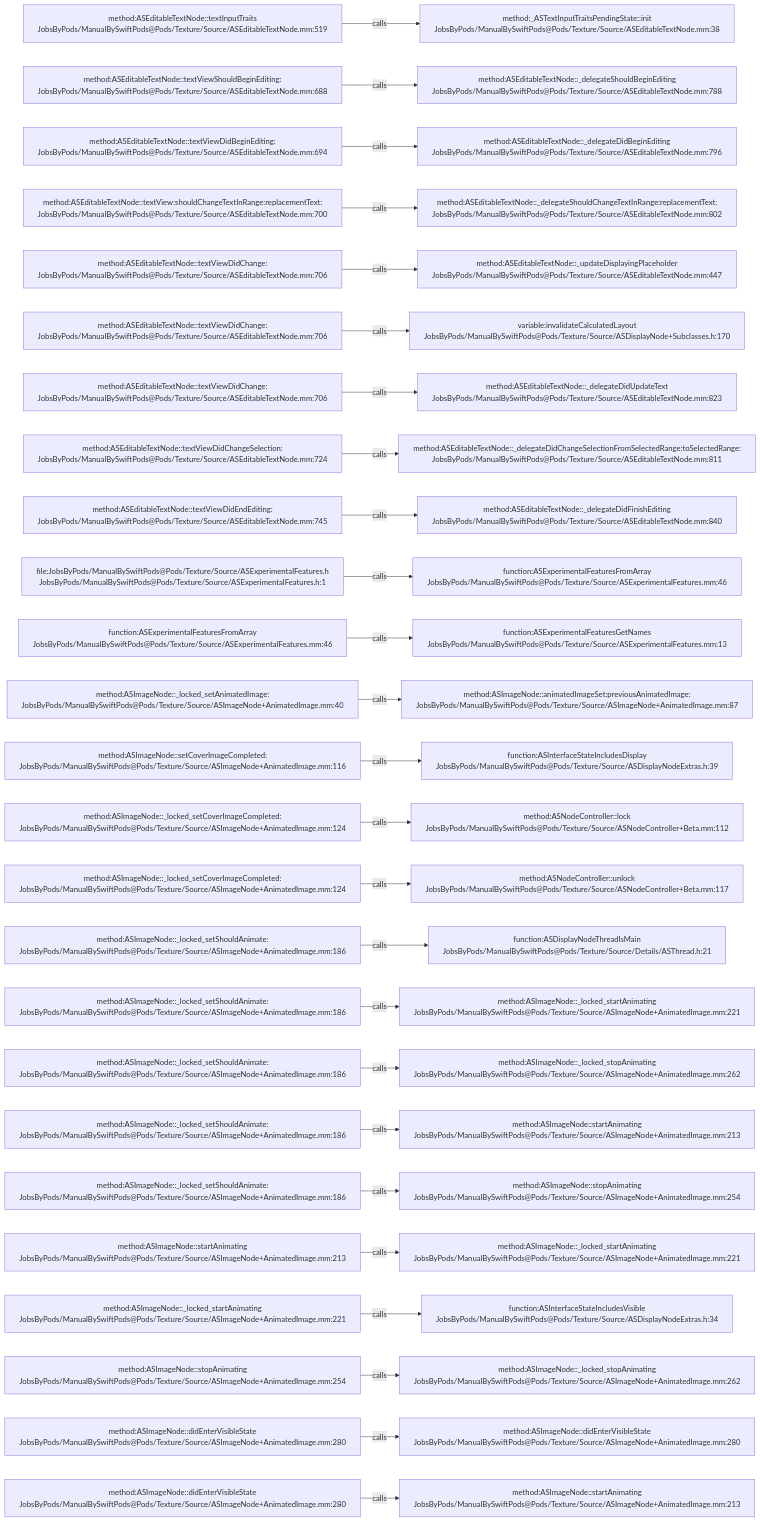
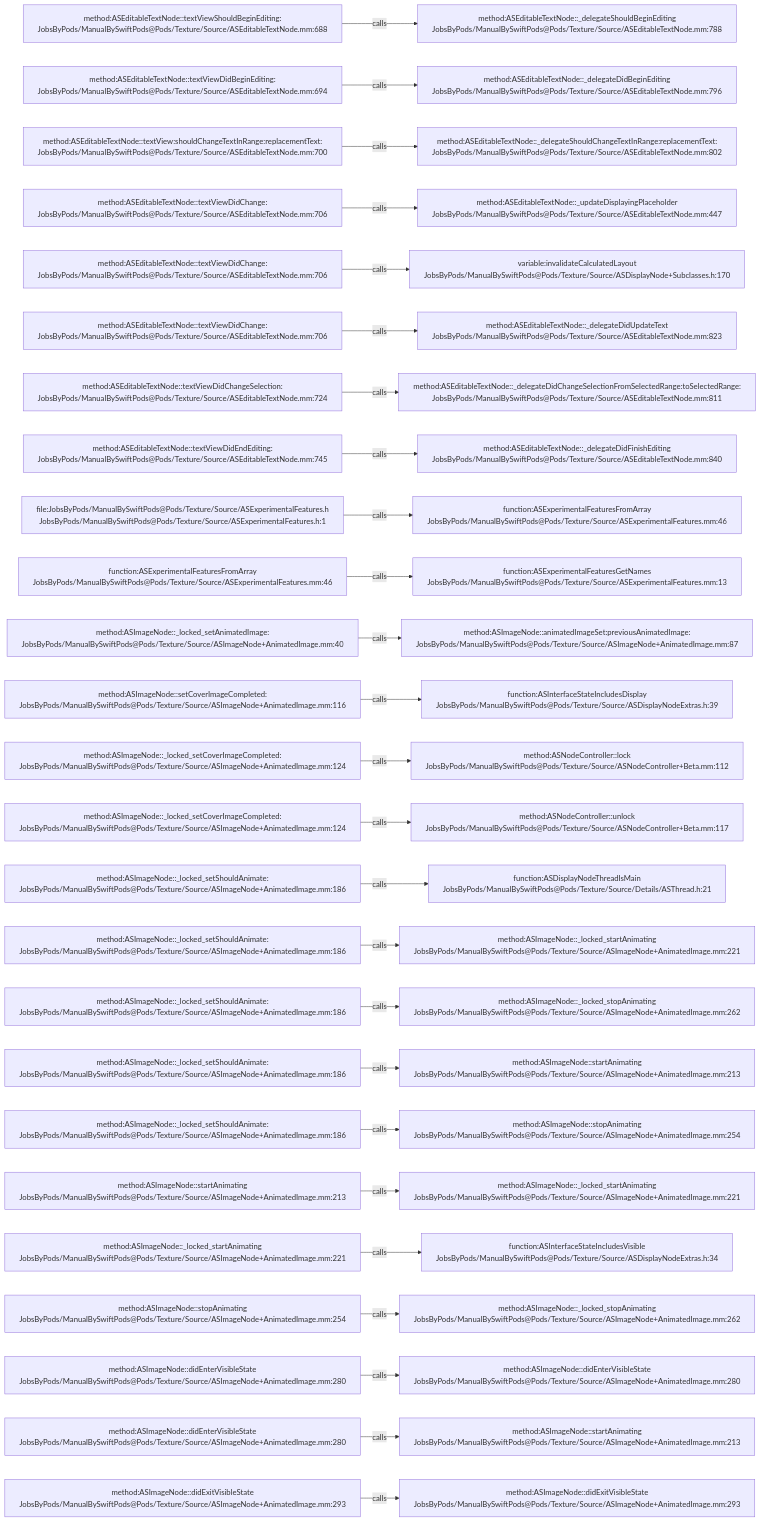
The diagram in .codegraph/codegraph.md/graphs/calls-040.md (JobsKits/JobsSwiftBaseConfigDemo), drawn with Mermaid before and after one commit. The commit also changed 747 other files, not shown here.

````diff
--- a/.codegraph/codegraph.md/graphs/calls-040.md
+++ b/.codegraph/codegraph.md/graphs/calls-040.md
@@ -13,78 +13,78 @@
 ```mermaid
 flowchart LR
-  S1["method:ASEditableTextNode::textInputTraits<br/>JobsByPods/ManualBySwiftPods@Pods/Texture/Source/ASEditableTextNode.mm:519"]
-  T1["method:_ASTextInputTraitsPendingState::init<br/>JobsByPods/ManualBySwiftPods@Pods/Texture/Source/ASEditableTextNode.mm:38"]
+  S1["method:ASEditableTextNode::textViewShouldBeginEditing:<br/>JobsByPods/ManualBySwiftPods@Pods/Texture/Source/ASEditableTextNode.mm:688"]
+  T1["method:ASEditableTextNode::_delegateShouldBeginEditing<br/>JobsByPods/ManualBySwiftPods@Pods/Texture/Source/ASEditableTextNode.mm:788"]
   S1 -->|calls| T1
-  S2["method:ASEditableTextNode::textViewShouldBeginEditing:<br/>JobsByPods/ManualBySwiftPods@Pods/Texture/Source/ASEditableTextNode.mm:688"]
-  T2["method:ASEditableTextNode::_delegateShouldBeginEditing<br/>JobsByPods/ManualBySwiftPods@Pods/Texture/Source/ASEditableTextNode.mm:788"]
+  S2["method:ASEditableTextNode::textViewDidBeginEditing:<br/>JobsByPods/ManualBySwiftPods@Pods/Texture/Source/ASEditableTextNode.mm:694"]
+  T2["method:ASEditableTextNode::_delegateDidBeginEditing<br/>JobsByPods/ManualBySwiftPods@Pods/Texture/Source/ASEditableTextNode.mm:796"]
   S2 -->|calls| T2
-  S3["method:ASEditableTextNode::textViewDidBeginEditing:<br/>JobsByPods/ManualBySwiftPods@Pods/Texture/Source/ASEditableTextNode.mm:694"]
-  T3["method:ASEditableTextNode::_delegateDidBeginEditing<br/>JobsByPods/ManualBySwiftPods@Pods/Texture/Source/ASEditableTextNode.mm:796"]
+  S3["method:ASEditableTextNode::textView:shouldChangeTextInRange:replacementText:<br/>JobsByPods/ManualBySwiftPods@Pods/Texture/Source/ASEditableTextNode.mm:700"]
+  T3["method:ASEditableTextNode::_delegateShouldChangeTextInRange:replacementText:<br/>JobsByPods/ManualBySwiftPods@Pods/Texture/Source/ASEditableTextNode.mm:802"]
   S3 -->|calls| T3
-  S4["method:ASEditableTextNode::textView:shouldChangeTextInRange:replacementText:<br/>JobsByPods/ManualBySwiftPods@Pods/Texture/Source/ASEditableTextNode.mm:700"]
-  T4["method:ASEditableTextNode::_delegateShouldChangeTextInRange:replacementText:<br/>JobsByPods/ManualBySwiftPods@Pods/Texture/Source/ASEditableTextNode.mm:802"]
+  S4["method:ASEditableTextNode::textViewDidChange:<br/>JobsByPods/ManualBySwiftPods@Pods/Texture/Source/ASEditableTextNode.mm:706"]
+  T4["method:ASEditableTextNode::_updateDisplayingPlaceholder<br/>JobsByPods/ManualBySwiftPods@Pods/Texture/Source/ASEditableTextNode.mm:447"]
   S4 -->|calls| T4
   S5["method:ASEditableTextNode::textViewDidChange:<br/>JobsByPods/ManualBySwiftPods@Pods/Texture/Source/ASEditableTextNode.mm:706"]
-  T5["method:ASEditableTextNode::_updateDisplayingPlaceholder<br/>JobsByPods/ManualBySwiftPods@Pods/Texture/Source/ASEditableTextNode.mm:447"]
+  T5["variable:invalidateCalculatedLayout<br/>JobsByPods/ManualBySwiftPods@Pods/Texture/Source/ASDisplayNode+Subclasses.h:170"]
   S5 -->|calls| T5
   S6["method:ASEditableTextNode::textViewDidChange:<br/>JobsByPods/ManualBySwiftPods@Pods/Texture/Source/ASEditableTextNode.mm:706"]
-  T6["variable:invalidateCalculatedLayout<br/>JobsByPods/ManualBySwiftPods@Pods/Texture/Source/ASDisplayNode+Subclasses.h:170"]
+  T6["method:ASEditableTextNode::_delegateDidUpdateText<br/>JobsByPods/ManualBySwiftPods@Pods/Texture/Source/ASEditableTextNode.mm:823"]
   S6 -->|calls| T6
-  S7["method:ASEditableTextNode::textViewDidChange:<br/>JobsByPods/ManualBySwiftPods@Pods/Texture/Source/ASEditableTextNode.mm:706"]
-  T7["method:ASEditableTextNode::_delegateDidUpdateText<br/>JobsByPods/ManualBySwiftPods@Pods/Texture/Source/ASEditableTextNode.mm:823"]
+  S7["method:ASEditableTextNode::textViewDidChangeSelection:<br/>JobsByPods/ManualBySwiftPods@Pods/Texture/Source/ASEditableTextNode.mm:724"]
+  T7["method:ASEditableTextNode::_delegateDidChangeSelectionFromSelectedRange:toSelectedRange:<br/>JobsByPods/ManualBySwiftPods@Pods/Texture/Source/ASEditableTextNode.mm:811"]
   S7 -->|calls| T7
-  S8["method:ASEditableTextNode::textViewDidChangeSelection:<br/>JobsByPods/ManualBySwiftPods@Pods/Texture/Source/ASEditableTextNode.mm:724"]
-  T8["method:ASEditableTextNode::_delegateDidChangeSelectionFromSelectedRange:toSelectedRange:<br/>JobsByPods/ManualBySwiftPods@Pods/Texture/Source/ASEditableTextNode.mm:811"]
+  S8["method:ASEditableTextNode::textViewDidEndEditing:<br/>JobsByPods/ManualBySwiftPods@Pods/Texture/Source/ASEditableTextNode.mm:745"]
+  T8["method:ASEditableTextNode::_delegateDidFinishEditing<br/>JobsByPods/ManualBySwiftPods@Pods/Texture/Source/ASEditableTextNode.mm:840"]
   S8 -->|calls| T8
-  S9["method:ASEditableTextNode::textViewDidEndEditing:<br/>JobsByPods/ManualBySwiftPods@Pods/Texture/Source/ASEditableTextNode.mm:745"]
-  T9["method:ASEditableTextNode::_delegateDidFinishEditing<br/>JobsByPods/ManualBySwiftPods@Pods/Texture/Source/ASEditableTextNode.mm:840"]
+  S9["file:JobsByPods/ManualBySwiftPods@Pods/Texture/Source/ASExperimentalFeatures.h<br/>JobsByPods/ManualBySwiftPods@Pods/Texture/Source/ASExperimentalFeatures.h:1"]
+  T9["function:ASExperimentalFeaturesFromArray<br/>JobsByPods/ManualBySwiftPods@Pods/Texture/Source/ASExperimentalFeatures.mm:46"]
   S9 -->|calls| T9
-  S10["file:JobsByPods/ManualBySwiftPods@Pods/Texture/Source/ASExperimentalFeatures.h<br/>JobsByPods/ManualBySwiftPods@Pods/Texture/Source/ASExperimentalFeatures.h:1"]
-  T10["function:ASExperimentalFeaturesFromArray<br/>JobsByPods/ManualBySwiftPods@Pods/Texture/Source/ASExperimentalFeatures.mm:46"]
+  S10["function:ASExperimentalFeaturesFromArray<br/>JobsByPods/ManualBySwiftPods@Pods/Texture/Source/ASExperimentalFeatures.mm:46"]
+  T10["function:ASExperimentalFeaturesGetNames<br/>JobsByPods/ManualBySwiftPods@Pods/Texture/Source/ASExperimentalFeatures.mm:13"]
   S10 -->|calls| T10
-  S11["function:ASExperimentalFeaturesFromArray<br/>JobsByPods/ManualBySwiftPods@Pods/Texture/Source/ASExperimentalFeatures.mm:46"]
-  T11["function:ASExperimentalFeaturesGetNames<br/>JobsByPods/ManualBySwiftPods@Pods/Texture/Source/ASExperimentalFeatures.mm:13"]
+  S11["method:ASImageNode::_locked_setAnimatedImage:<br/>JobsByPods/ManualBySwiftPods@Pods/Texture/Source/ASImageNode+AnimatedImage.mm:40"]
+  T11["method:ASImageNode::animatedImageSet:previousAnimatedImage:<br/>JobsByPods/ManualBySwiftPods@Pods/Texture/Source/ASImageNode+AnimatedImage.mm:87"]
   S11 -->|calls| T11
-  S12["method:ASImageNode::_locked_setAnimatedImage:<br/>JobsByPods/ManualBySwiftPods@Pods/Texture/Source/ASImageNode+AnimatedImage.mm:40"]
-  T12["method:ASImageNode::animatedImageSet:previousAnimatedImage:<br/>JobsByPods/ManualBySwiftPods@Pods/Texture/Source/ASImageNode+AnimatedImage.mm:87"]
+  S12["method:ASImageNode::setCoverImageCompleted:<br/>JobsByPods/ManualBySwiftPods@Pods/Texture/Source/ASImageNode+AnimatedImage.mm:116"]
+  T12["function:ASInterfaceStateIncludesDisplay<br/>JobsByPods/ManualBySwiftPods@Pods/Texture/Source/ASDisplayNodeExtras.h:39"]
   S12 -->|calls| T12
-  S13["method:ASImageNode::setCoverImageCompleted:<br/>JobsByPods/ManualBySwiftPods@Pods/Texture/Source/ASImageNode+AnimatedImage.mm:116"]
-  T13["function:ASInterfaceStateIncludesDisplay<br/>JobsByPods/ManualBySwiftPods@Pods/Texture/Source/ASDisplayNodeExtras.h:39"]
+  S13["method:ASImageNode::_locked_setCoverImageCompleted:<br/>JobsByPods/ManualBySwiftPods@Pods/Texture/Source/ASImageNode+AnimatedImage.mm:124"]
+  T13["method:ASNodeController::lock<br/>JobsByPods/ManualBySwiftPods@Pods/Texture/Source/ASNodeController+Beta.mm:112"]
   S13 -->|calls| T13
   S14["method:ASImageNode::_locked_setCoverImageCompleted:<br/>JobsByPods/ManualBySwiftPods@Pods/Texture/Source/ASImageNode+AnimatedImage.mm:124"]
-  T14["method:ASNodeController::lock<br/>JobsByPods/ManualBySwiftPods@Pods/Texture/Source/ASNodeController+Beta.mm:112"]
+  T14["method:ASNodeController::unlock<br/>JobsByPods/ManualBySwiftPods@Pods/Texture/Source/ASNodeController+Beta.mm:117"]
   S14 -->|calls| T14
-  S15["method:ASImageNode::_locked_setCoverImageCompleted:<br/>JobsByPods/ManualBySwiftPods@Pods/Texture/Source/ASImageNode+AnimatedImage.mm:124"]
-  T15["method:ASNodeController::unlock<br/>JobsByPods/ManualBySwiftPods@Pods/Texture/Source/ASNodeController+Beta.mm:117"]
+  S15["method:ASImageNode::_locked_setShouldAnimate:<br/>JobsByPods/ManualBySwiftPods@Pods/Texture/Source/ASImageNode+AnimatedImage.mm:186"]
+  T15["function:ASDisplayNodeThreadIsMain<br/>JobsByPods/ManualBySwiftPods@Pods/Texture/Source/Details/ASThread.h:21"]
   S15 -->|calls| T15
   S16["method:ASImageNode::_locked_setShouldAnimate:<br/>JobsByPods/ManualBySwiftPods@Pods/Texture/Source/ASImageNode+AnimatedImage.mm:186"]
-  T16["function:ASDisplayNodeThreadIsMain<br/>JobsByPods/ManualBySwiftPods@Pods/Texture/Source/Details/ASThread.h:21"]
+  T16["method:ASImageNode::_locked_startAnimating<br/>JobsByPods/ManualBySwiftPods@Pods/Texture/Source/ASImageNode+AnimatedImage.mm:221"]
   S16 -->|calls| T16
   S17["method:ASImageNode::_locked_setShouldAnimate:<br/>JobsByPods/ManualBySwiftPods@Pods/Texture/Source/ASImageNode+AnimatedImage.mm:186"]
-  T17["method:ASImageNode::_locked_startAnimating<br/>JobsByPods/ManualBySwiftPods@Pods/Texture/Source/ASImageNode+AnimatedImage.mm:221"]
+  T17["method:ASImageNode::_locked_stopAnimating<br/>JobsByPods/ManualBySwiftPods@Pods/Texture/Source/ASImageNode+AnimatedImage.mm:262"]
   S17 -->|calls| T17
   S18["method:ASImageNode::_locked_setShouldAnimate:<br/>JobsByPods/ManualBySwiftPods@Pods/Texture/Source/ASImageNode+AnimatedImage.mm:186"]
-  T18["method:ASImageNode::_locked_stopAnimating<br/>JobsByPods/ManualBySwiftPods@Pods/Texture/Source/ASImageNode+AnimatedImage.mm:262"]
+  T18["method:ASImageNode::startAnimating<br/>JobsByPods/ManualBySwiftPods@Pods/Texture/Source/ASImageNode+AnimatedImage.mm:213"]
   S18 -->|calls| T18
   S19["method:ASImageNode::_locked_setShouldAnimate:<br/>JobsByPods/ManualBySwiftPods@Pods/Texture/Source/ASImageNode+AnimatedImage.mm:186"]
-  T19["method:ASImageNode::startAnimating<br/>JobsByPods/ManualBySwiftPods@Pods/Texture/Source/ASImageNode+AnimatedImage.mm:213"]
+  T19["method:ASImageNode::stopAnimating<br/>JobsByPods/ManualBySwiftPods@Pods/Texture/Source/ASImageNode+AnimatedImage.mm:254"]
   S19 -->|calls| T19
-  S20["method:ASImageNode::_locked_setShouldAnimate:<br/>JobsByPods/ManualBySwiftPods@Pods/Texture/Source/ASImageNode+AnimatedImage.mm:186"]
-  T20["method:ASImageNode::stopAnimating<br/>JobsByPods/ManualBySwiftPods@Pods/Texture/Source/ASImageNode+AnimatedImage.mm:254"]
+  S20["method:ASImageNode::startAnimating<br/>JobsByPods/ManualBySwiftPods@Pods/Texture/Source/ASImageNode+AnimatedImage.mm:213"]
+  T20["method:ASImageNode::_locked_startAnimating<br/>JobsByPods/ManualBySwiftPods@Pods/Texture/Source/ASImageNode+AnimatedImage.mm:221"]
   S20 -->|calls| T20
-  S21["method:ASImageNode::startAnimating<br/>JobsByPods/ManualBySwiftPods@Pods/Texture/Source/ASImageNode+AnimatedImage.mm:213"]
-  T21["method:ASImageNode::_locked_startAnimating<br/>JobsByPods/ManualBySwiftPods@Pods/Texture/Source/ASImageNode+AnimatedImage.mm:221"]
+  S21["method:ASImageNode::_locked_startAnimating<br/>JobsByPods/ManualBySwiftPods@Pods/Texture/Source/ASImageNode+AnimatedImage.mm:221"]
+  T21["function:ASInterfaceStateIncludesVisible<br/>JobsByPods/ManualBySwiftPods@Pods/Texture/Source/ASDisplayNodeExtras.h:34"]
   S21 -->|calls| T21
-  S22["method:ASImageNode::_locked_startAnimating<br/>JobsByPods/ManualBySwiftPods@Pods/Texture/Source/ASImageNode+AnimatedImage.mm:221"]
-  T22["function:ASInterfaceStateIncludesVisible<br/>JobsByPods/ManualBySwiftPods@Pods/Texture/Source/ASDisplayNodeExtras.h:34"]
+  S22["method:ASImageNode::stopAnimating<br/>JobsByPods/ManualBySwiftPods@Pods/Texture/Source/ASImageNode+AnimatedImage.mm:254"]
+  T22["method:ASImageNode::_locked_stopAnimating<br/>JobsByPods/ManualBySwiftPods@Pods/Texture/Source/ASImageNode+AnimatedImage.mm:262"]
   S22 -->|calls| T22
-  S23["method:ASImageNode::stopAnimating<br/>JobsByPods/ManualBySwiftPods@Pods/Texture/Source/ASImageNode+AnimatedImage.mm:254"]
-  T23["method:ASImageNode::_locked_stopAnimating<br/>JobsByPods/ManualBySwiftPods@Pods/Texture/Source/ASImageNode+AnimatedImage.mm:262"]
+  S23["method:ASImageNode::didEnterVisibleState<br/>JobsByPods/ManualBySwiftPods@Pods/Texture/Source/ASImageNode+AnimatedImage.mm:280"]
+  T23["method:ASImageNode::didEnterVisibleState<br/>JobsByPods/ManualBySwiftPods@Pods/Texture/Source/ASImageNode+AnimatedImage.mm:280"]
   S23 -->|calls| T23
   S24["method:ASImageNode::didEnterVisibleState<br/>JobsByPods/ManualBySwiftPods@Pods/Texture/Source/ASImageNode+AnimatedImage.mm:280"]
-  T24["method:ASImageNode::didEnterVisibleState<br/>JobsByPods/ManualBySwiftPods@Pods/Texture/Source/ASImageNode+AnimatedImage.mm:280"]
+  T24["method:ASImageNode::startAnimating<br/>JobsByPods/ManualBySwiftPods@Pods/Texture/Source/ASImageNode+AnimatedImage.mm:213"]
   S24 -->|calls| T24
-  S25["method:ASImageNode::didEnterVisibleState<br/>JobsByPods/ManualBySwiftPods@Pods/Texture/Source/ASImageNode+AnimatedImage.mm:280"]
-  T25["method:ASImageNode::startAnimating<br/>JobsByPods/ManualBySwiftPods@Pods/Texture/Source/ASImageNode+AnimatedImage.mm:213"]
+  S25["method:ASImageNode::didExitVisibleState<br/>JobsByPods/ManualBySwiftPods@Pods/Texture/Source/ASImageNode+AnimatedImage.mm:293"]
+  T25["method:ASImageNode::didExitVisibleState<br/>JobsByPods/ManualBySwiftPods@Pods/Texture/Source/ASImageNode+AnimatedImage.mm:293"]
   S25 -->|calls| T25
 ```
````
